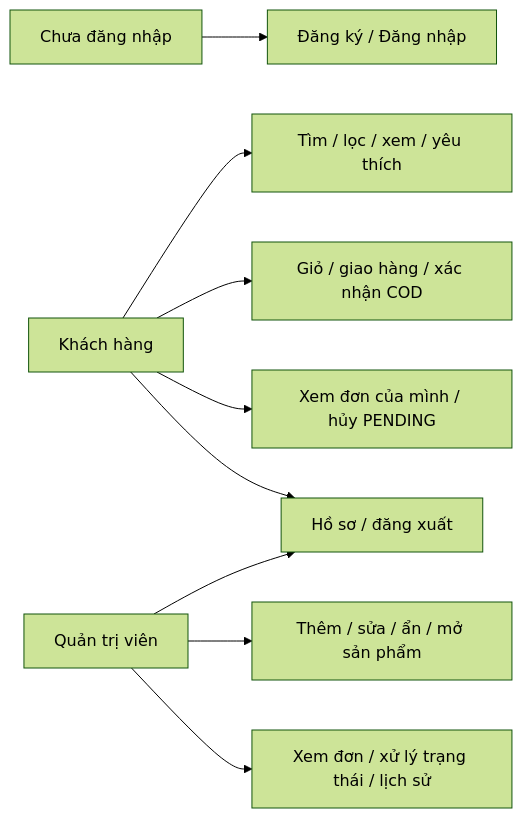
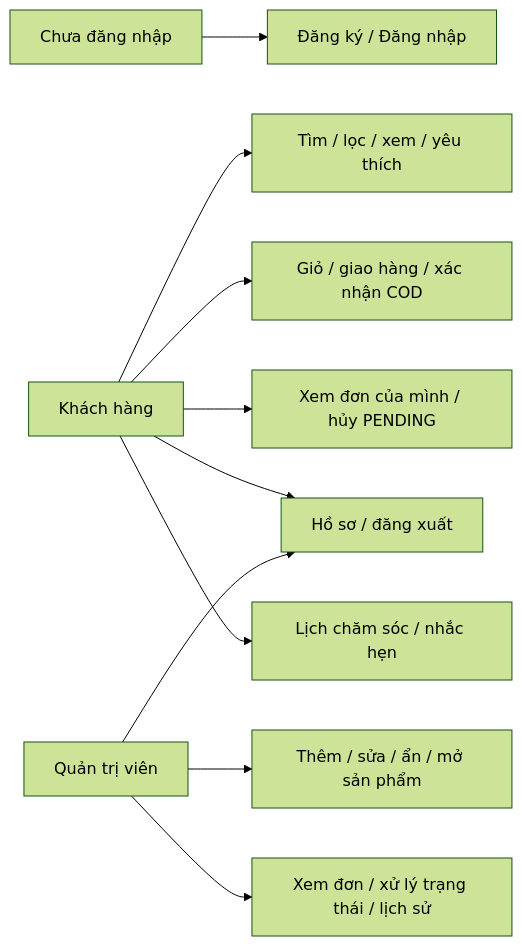
The first of 6 diagrams in docs/bao-cao/so-do.md (tdn1997/bloomy-beauty), drawn with Mermaid (forest theme) before and after one commit. The commit also changed other lines of this file and 97 other files, not shown here.

````diff
--- a/docs/bao-cao/so-do.md
+++ b/docs/bao-cao/so-do.md
@@ -9,11 +9,12 @@
 ```mermaid
 flowchart LR
     Guest[Chưa đăng nhập] --> Auth[Đăng ký / Đăng nhập]
     Customer[Khách hàng] --> Browse[Tìm / lọc / xem / yêu thích]
     Customer --> Cart[Giỏ / giao hàng / xác nhận COD]
     Customer --> History[Xem đơn của mình / hủy PENDING]
     Customer --> Profile[Hồ sơ / đăng xuất]
+    Customer --> Care[Lịch chăm sóc / nhắc hẹn]
     Admin[Quản trị viên] --> Product[Thêm / sửa / ẩn / mở sản phẩm]
     Admin --> Order[Xem đơn / xử lý trạng thái / lịch sử]
     Admin --> Profile
 ```
````
